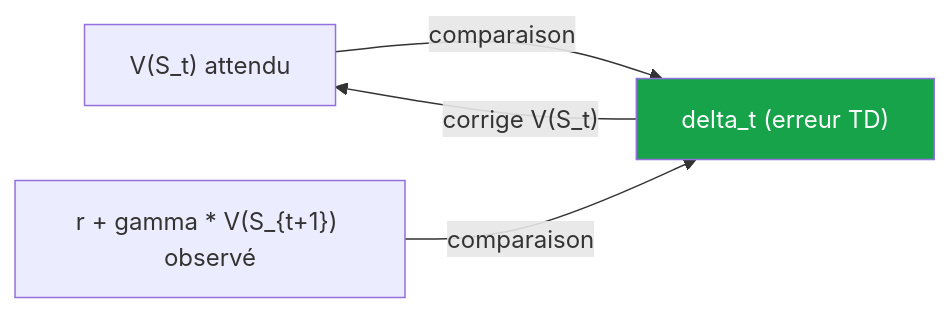
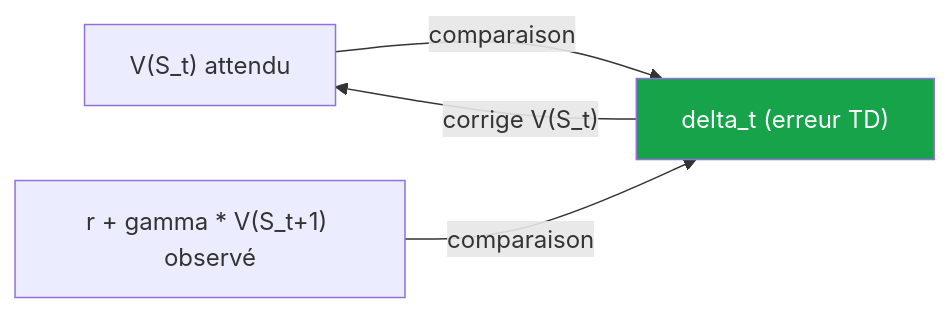
The second of 11 diagrams in 17-Chapitre17-TD-Learning-Complet.md (inskillflow/apprentissage-par-renforcement-fr), drawn with Mermaid before and after one commit. The commit also changed other lines of this file, not shown here.

````diff
--- a/17-Chapitre17-TD-Learning-Complet.md
+++ b/17-Chapitre17-TD-Learning-Complet.md
@@ -322,7 +375,7 @@
 ```mermaid
 flowchart LR
     EST["V(S_t) attendu"] -->|"comparaison"| DELTA["delta_t (erreur TD)"]
-    OBS["r + gamma * V(S_{t+1}) observé"] -->|"comparaison"| DELTA
+    OBS["r + gamma * V(S_t+1) observé"] -->|"comparaison"| DELTA
     DELTA -->|"corrige V(S_t)"| EST
     style DELTA fill:#16a34a,color:#fff
 ```
````
